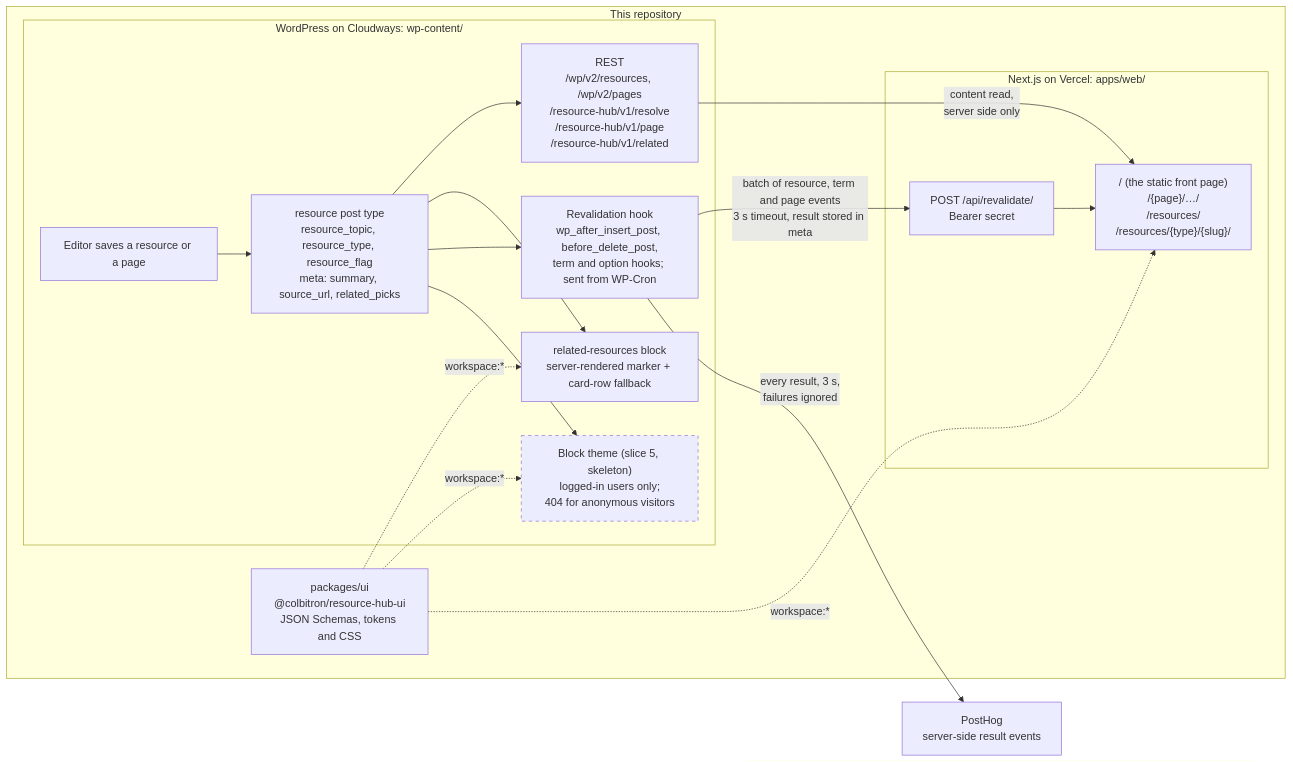
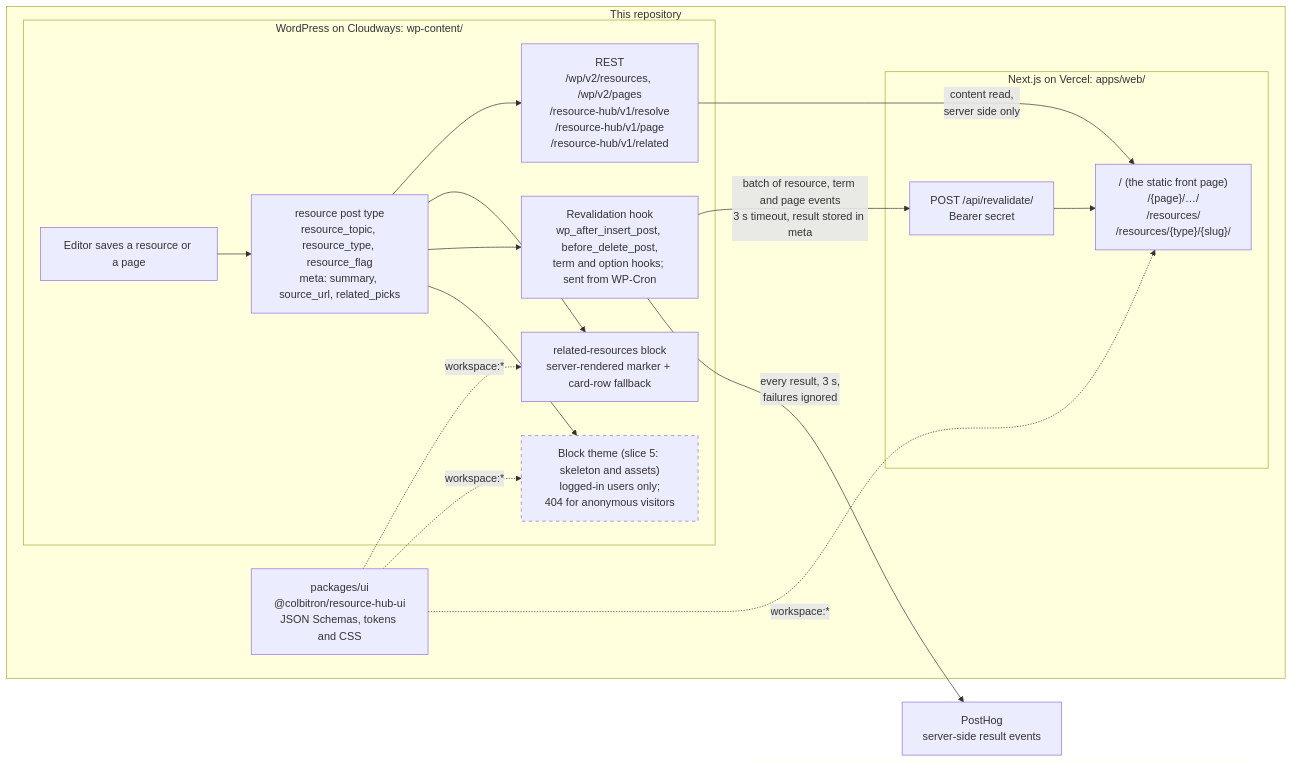
One commit to Colbitron/resource-hub-wp changed the diagram in README.md. Above: the diagram before and after it, drawn with Mermaid. The commit also changed other lines of this file and 5 other files, not shown here.

````diff
--- a/README.md
+++ b/README.md
@@ -56,38 +56,38 @@
 ```mermaid
 flowchart LR
     subgraph repo["This repository"]
         subgraph wp["WordPress on Cloudways: wp-content/"]
             editor["Editor saves a resource or a page"]
             cpt["resource post type<br/>resource_topic, resource_type, resource_flag<br/>meta: summary, source_url, related_picks"]
             rest["REST<br/>/wp/v2/resources, /wp/v2/pages<br/>/resource-hub/v1/resolve<br/>/resource-hub/v1/page<br/>/resource-hub/v1/related"]
             block["related-resources block<br/>server-rendered marker + card-row fallback"]
             hook["Revalidation hook<br/>wp_after_insert_post, before_delete_post,<br/>term and option hooks; sent from WP-Cron"]
-            theme["Block theme (slice 5, skeleton)<br/>logged-in users only;<br/>404 for anonymous visitors"]
+            theme["Block theme (slice 5: skeleton and assets)<br/>logged-in users only;<br/>404 for anonymous visitors"]
             editor --> cpt
             cpt --> rest
             cpt --> block
             cpt --> hook
             cpt --> theme
         end
 
         ui["packages/ui<br/>@colbitron/resource-hub-ui<br/>JSON Schemas, tokens and CSS"]
 
         subgraph next["Next.js on Vercel: apps/web/"]
             api["POST /api/revalidate/<br/>Bearer secret"]
             pages["/ (the static front page)<br/>/{page}/…/<br/>/resources/<br/>/resources/{type}/{slug}/"]
             api --> pages
         end
     end
 
     posthog["PostHog<br/>server-side result events"]
 
     rest -->|"content read,<br/>server side only"| pages
     hook -->|"batch of resource, term and page events<br/>3 s timeout, result stored in meta"| api
     hook -->|"every result, 3 s,<br/>failures ignored"| posthog
     ui -.->|"workspace:*"| block
     ui -.->|"workspace:*"| theme
     ui -.->|"workspace:*"| pages
 
     classDef planned stroke-dasharray: 5 5
     class theme planned
 ```
````
